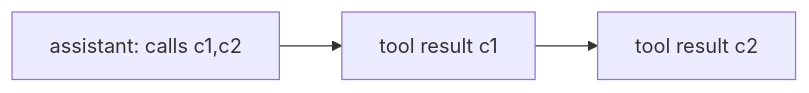
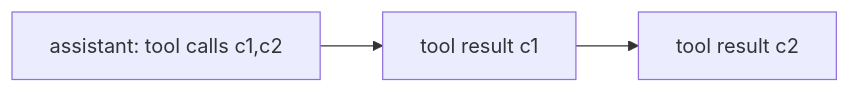
One commit to Arthur999459up/GitAgent changed the eighth of 18 diagrams in docs/10-context-governance-and-read-state.md. Above: the diagram before and after it, drawn with Mermaid. The commit also changed other lines of this file and 3 other files, not shown here.

````diff
--- a/docs/10-context-governance-and-read-state.md
+++ b/docs/10-context-governance-and-read-state.md
@@ -51,5 +324,5 @@
 ```mermaid
 flowchart LR
-    A[assistant: calls c1,c2] --> T1[tool result c1]
+    A[assistant: tool calls c1,c2] --> T1[tool result c1]
     T1 --> T2[tool result c2]
 ```
````
